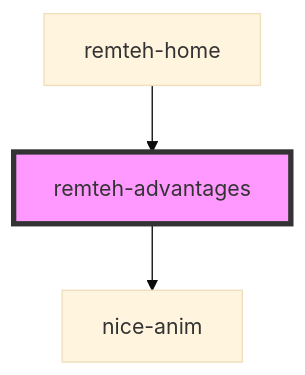
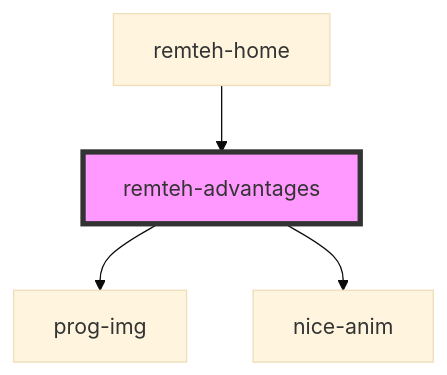
The diagram in src/components/remteh-advantages/readme.md (p1nta/remtehnaladka), drawn with Mermaid (base theme) before and after one commit. The commit also changed other lines of this file and 24 other files, not shown here.

````diff
--- a/src/components/remteh-advantages/readme.md
+++ b/src/components/remteh-advantages/readme.md
@@ -19,6 +20,7 @@
 ```mermaid
 graph TD;
+  remteh-advantages --> prog-img
   remteh-advantages --> nice-anim
   remteh-home --> remteh-advantages
   style remteh-advantages fill:#f9f,stroke:#333,stroke-width:4px
 ```
````
